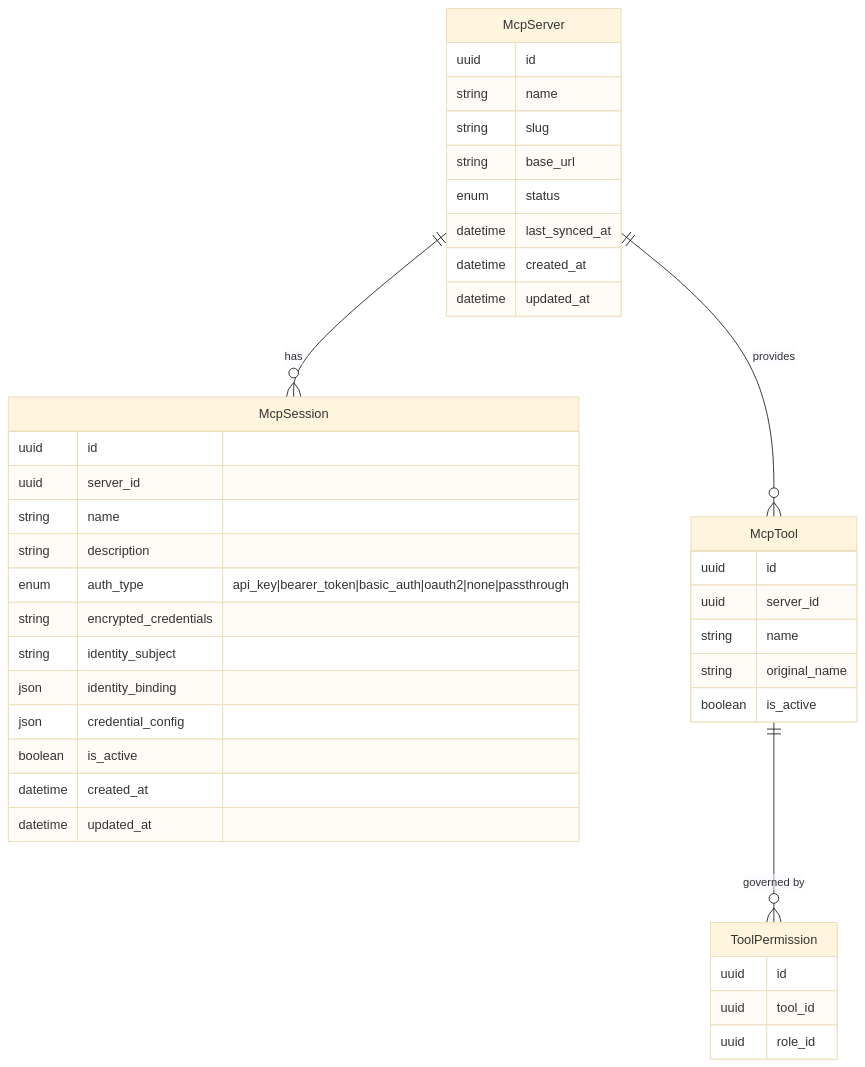
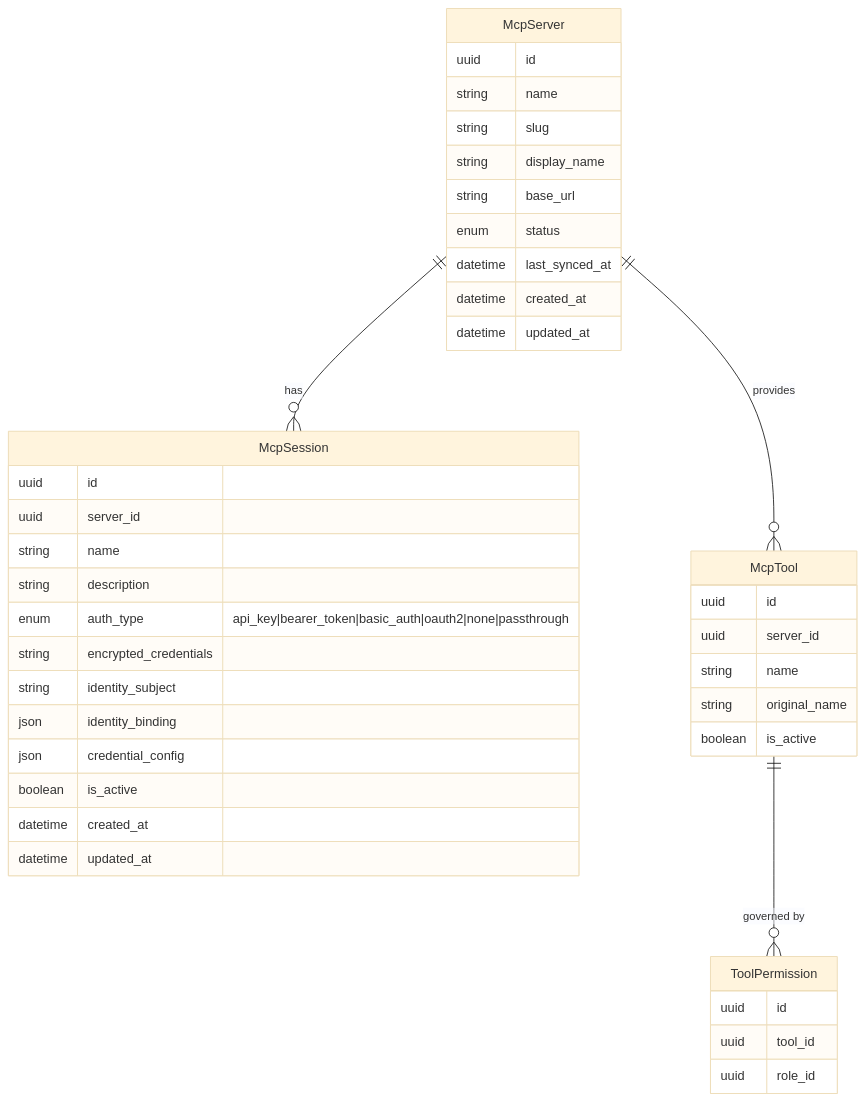
Before and after one commit to hurungang/parthenon: the third of 9 diagrams in docs/master/data-model/overview.md, drawn with Mermaid (base theme). The commit also changed other lines of this file and 170 other files, not shown here.

````diff
--- a/docs/master/data-model/overview.md
+++ b/docs/master/data-model/overview.md
@@ -193,43 +193,44 @@
 ```mermaid
 erDiagram
     McpServer {
         uuid id
         string name
         string slug
+        string display_name
         string base_url
         enum status
         datetime last_synced_at
         datetime created_at
         datetime updated_at
     }
     McpSession {
         uuid id
         uuid server_id
         string name
         string description
         enum auth_type "api_key|bearer_token|basic_auth|oauth2|none|passthrough"
         string encrypted_credentials
         string identity_subject
         json identity_binding
         json credential_config
         boolean is_active
         datetime created_at
         datetime updated_at
     }
     McpTool {
         uuid id
         uuid server_id
         string name
         string original_name
         boolean is_active
     }
     ToolPermission {
         uuid id
         uuid tool_id
         uuid role_id
     }
 
     McpServer ||--o{ McpSession : "has"
     McpServer ||--o{ McpTool : "provides"
     McpTool ||--o{ ToolPermission : "governed by"
 ```
````
